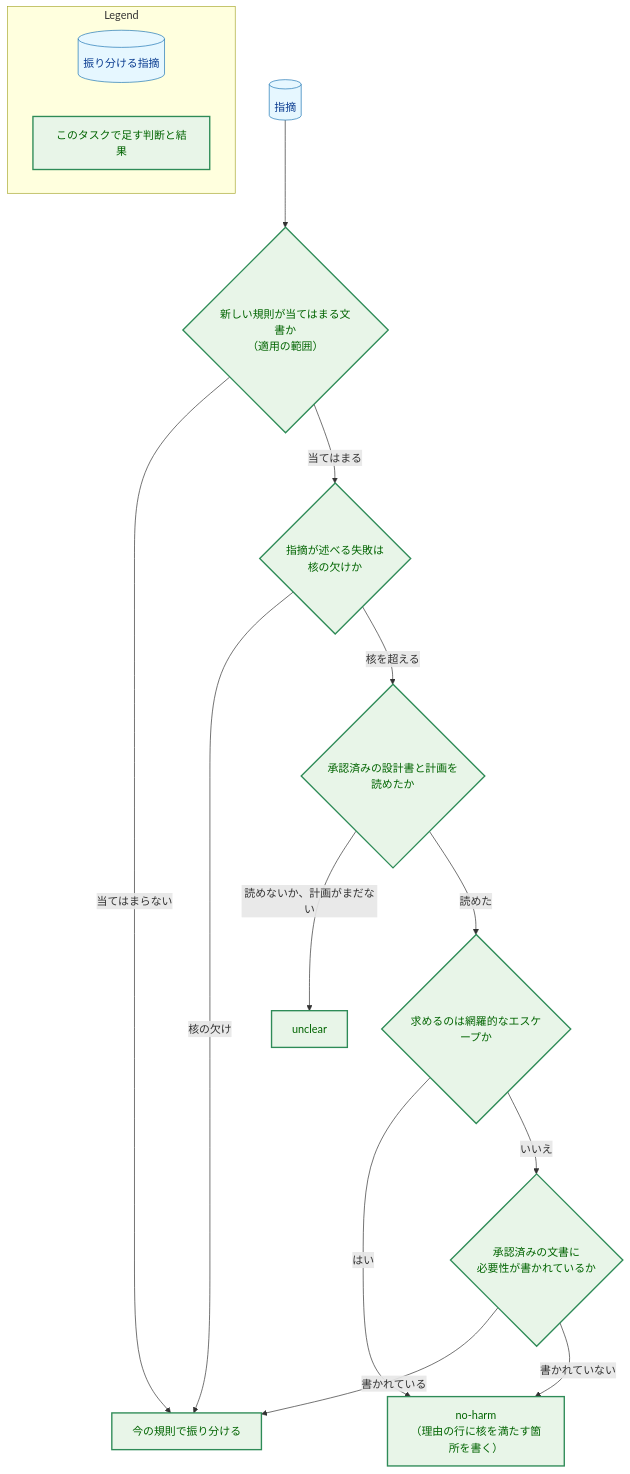
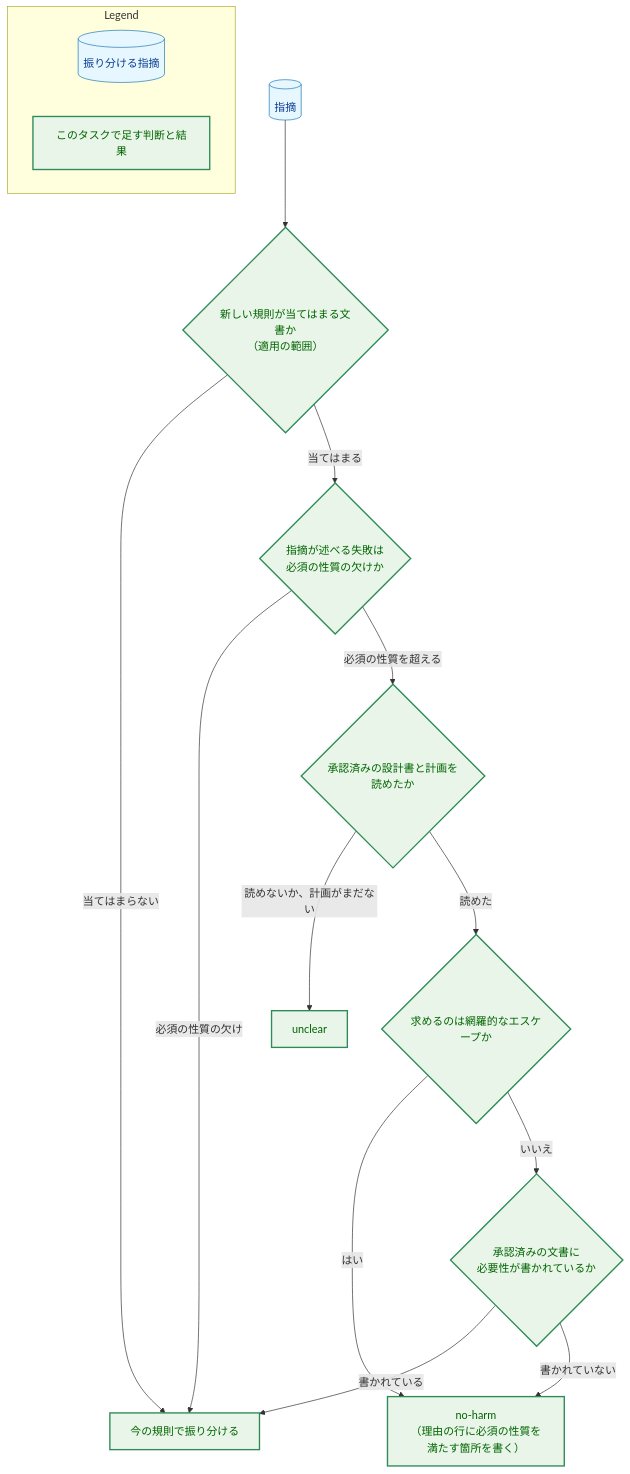
The fifth of 5 diagrams in docs/tasks/0124_checks_proportion/02_architecture.md (isseis/yt2column), drawn with Mermaid before and after one commit. The commit also changed other lines of this file and 4 other files, not shown here.

````diff
--- a/docs/tasks/0124_checks_proportion/02_architecture.md
+++ b/docs/tasks/0124_checks_proportion/02_architecture.md
@@ -491,37 +491,37 @@
 ```mermaid
 flowchart TD
     classDef data fill:#e6f7ff,stroke:#1f77b4,stroke-width:1px,color:#0b3d91;
     classDef enhanced fill:#e8f5e8,stroke:#2e8b57,stroke-width:2px,color:#006400;
 
     F[("指摘")]
     OLD{"新しい規則が当てはまる文書か<br>（適用の範囲）"}
-    CORE{"指摘が述べる失敗は<br>核の欠けか"}
+    CORE{"指摘が述べる失敗は<br>必須の性質の欠けか"}
     READ{"承認済みの設計書と計画を<br>読めたか"}
     ESC{"求めるのは網羅的なエスケープか"}
     NEED{"承認済みの文書に<br>必要性が書かれているか"}
-    NOHARM["no-harm<br>（理由の行に核を満たす箇所を書く）"]
+    NOHARM["no-harm<br>（理由の行に必須の性質を満たす箇所を書く）"]
     NORMAL["今の規則で振り分ける"]
     UNCLEAR["unclear"]
 
     F --> OLD
     OLD -->|"当てはまらない"| NORMAL
     OLD -->|"当てはまる"| CORE
-    CORE -->|"核の欠け"| NORMAL
-    CORE -->|"核を超える"| READ
+    CORE -->|"必須の性質の欠け"| NORMAL
+    CORE -->|"必須の性質を超える"| READ
     READ -->|"読めないか、計画がまだない"| UNCLEAR
     READ -->|"読めた"| ESC
     ESC -->|"はい"| NOHARM
     ESC -->|"いいえ"| NEED
     NEED -->|"書かれている"| NORMAL
     NEED -->|"書かれていない"| NOHARM
 
     class F data
     class OLD,CORE,READ,ESC,NEED,NOHARM,NORMAL,UNCLEAR enhanced
 
     subgraph Legend["Legend"]
         L1[("振り分ける指摘")]
         L2["このタスクで足す判断と結果"]
     end
     class L1 data
     class L2 enhanced
 ```
````
